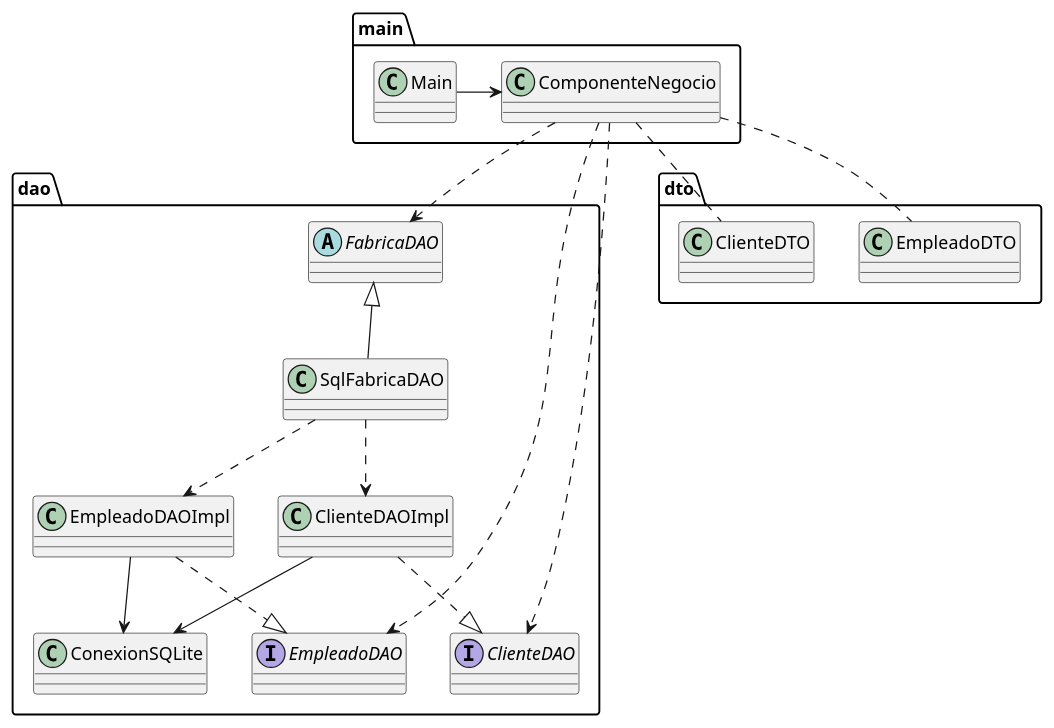
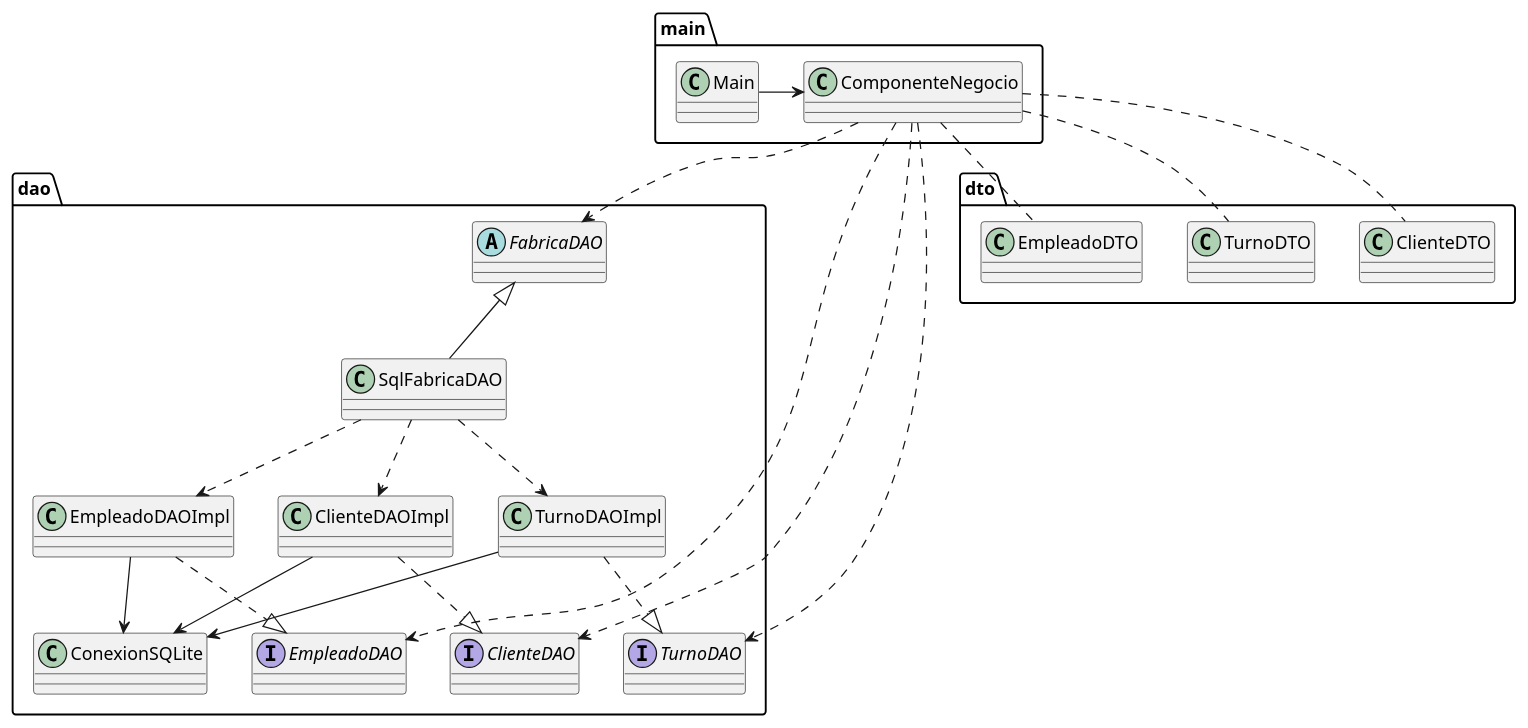
The diagram in Finalv2/PUMLs/Patrones/PatronDAO.puml (TomasAlvarez78/FinalDOO), drawn with PlantUML before and after one commit. The commit also changed 20 other files, not shown here.

```diff
--- a/Finalv2/PUMLs/Patrones/PatronDAO.puml
+++ b/Finalv2/PUMLs/Patrones/PatronDAO.puml
@@ -1,27 +1,34 @@
 @startuml PatronDAO
 abstract class dao.FabricaDAO
 
 class dao.ClienteDAOImpl
 class dao.EmpleadoDAOImpl
+class dao.TurnoDAOImpl
 class dao.ConexionSQLite
 class dao.SqlFabricaDAO
 class main.ComponenteNegocio
 class main.Main
 interface dao.EmpleadoDAO
 interface dao.ClienteDAO
+interface dao.TurnoDAO
 
 
 main.Main -> main.ComponenteNegocio
 dao.EmpleadoDAOImpl -down-> dao.ConexionSQLite 
 dao.ClienteDAOImpl -down-> dao.ConexionSQLite
+dao.TurnoDAOImpl -down-> dao.ConexionSQLite
 dao.EmpleadoDAOImpl ..|> dao.EmpleadoDAO
 dao.ClienteDAOImpl ..|> dao.ClienteDAO
+dao.TurnoDAOImpl ..|> dao.TurnoDAO
 dao.SqlFabricaDAO -up-|> dao.FabricaDAO
 dao.SqlFabricaDAO ..> dao.EmpleadoDAOImpl
 dao.SqlFabricaDAO ..> dao.ClienteDAOImpl
+dao.SqlFabricaDAO ..> dao.TurnoDAOImpl
 main.ComponenteNegocio ..> dao.FabricaDAO
 main.ComponenteNegocio .. dto.EmpleadoDTO
 main.ComponenteNegocio .. dto.ClienteDTO
+main.ComponenteNegocio .. dto.TurnoDTO
 main.ComponenteNegocio ..> dao.ClienteDAO
+main.ComponenteNegocio ..> dao.TurnoDAO
 main.ComponenteNegocio ..> dao.EmpleadoDAO
 @enduml
```
